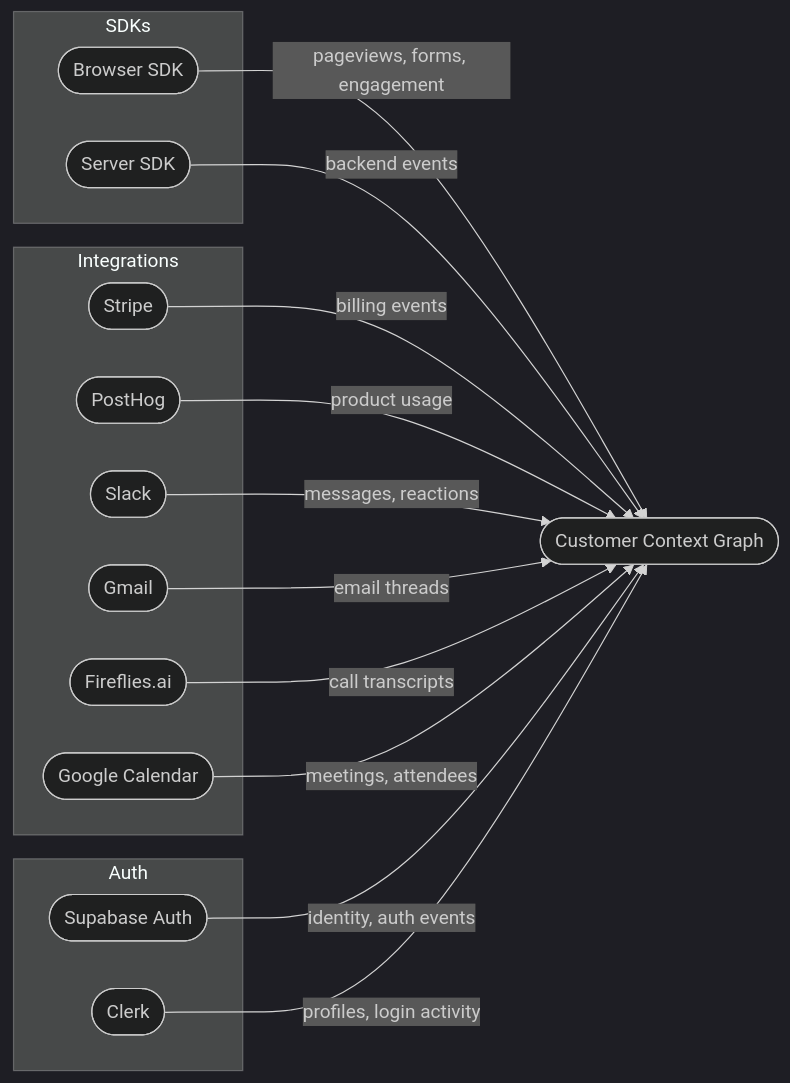
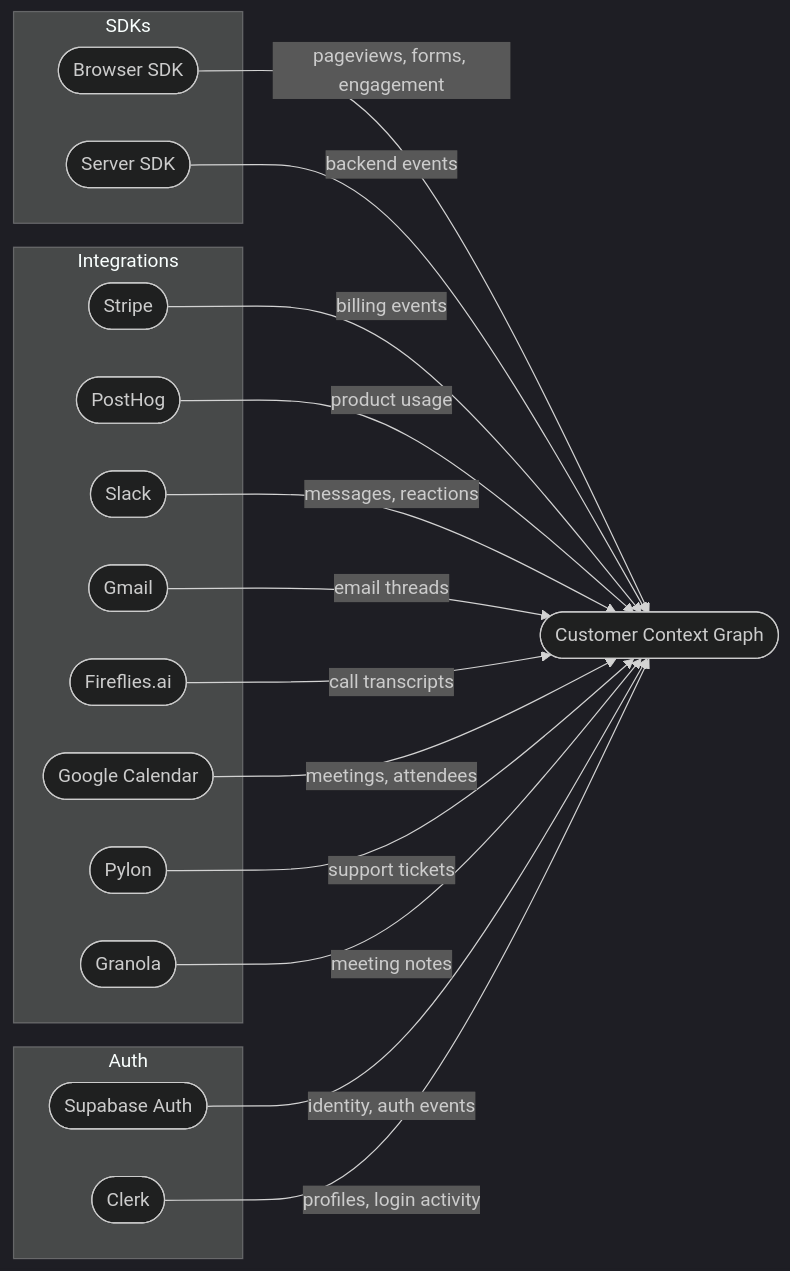
The diagram in docs/tracking/how-it-works.mdx (OutlitAI/outlit-sdk), drawn with Mermaid before and after one commit. The commit also changed other lines of this file and 17 other files, not shown here.

````diff
--- a/docs/tracking/how-it-works.mdx
+++ b/docs/tracking/how-it-works.mdx
@@ -12,33 +12,37 @@
 ```mermaid
 %%{init: {'theme': 'dark', 'flowchart': {'nodeSpacing': 40, 'rankSpacing': 50, 'curve': 'basis', 'padding': 15}}}%%
 flowchart LR
     subgraph SDKs
         A([Browser SDK])
         B([Server SDK])
     end
 
     subgraph Integrations
         C([Stripe])
         E([PostHog])
         F([Slack])
         G([Gmail])
         H([Fireflies.ai])
         I([Google Calendar])
+        L([Pylon])
+        M([Granola])
     end
 
     subgraph Auth
         J([Supabase Auth])
         K([Clerk])
     end
 
     A -->|pageviews, forms, engagement| D([Customer Context Graph])
     B -->|backend events| D
     C -->|billing events| D
     E -->|product usage| D
     F -->|messages, reactions| D
     G -->|email threads| D
     H -->|call transcripts| D
     I -->|meetings, attendees| D
+    L -->|support tickets| D
+    M -->|meeting notes| D
     J -->|identity, auth events| D
     K -->|profiles, login activity| D
 ```
````
